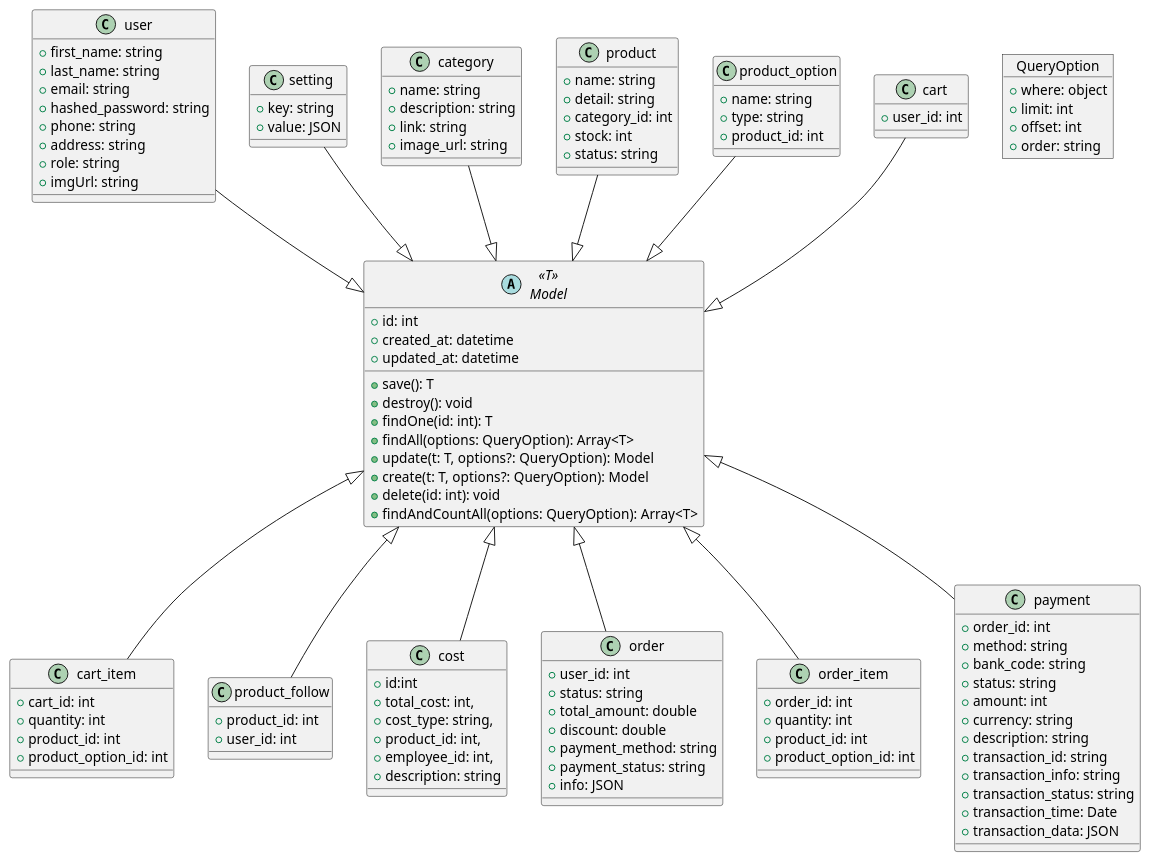
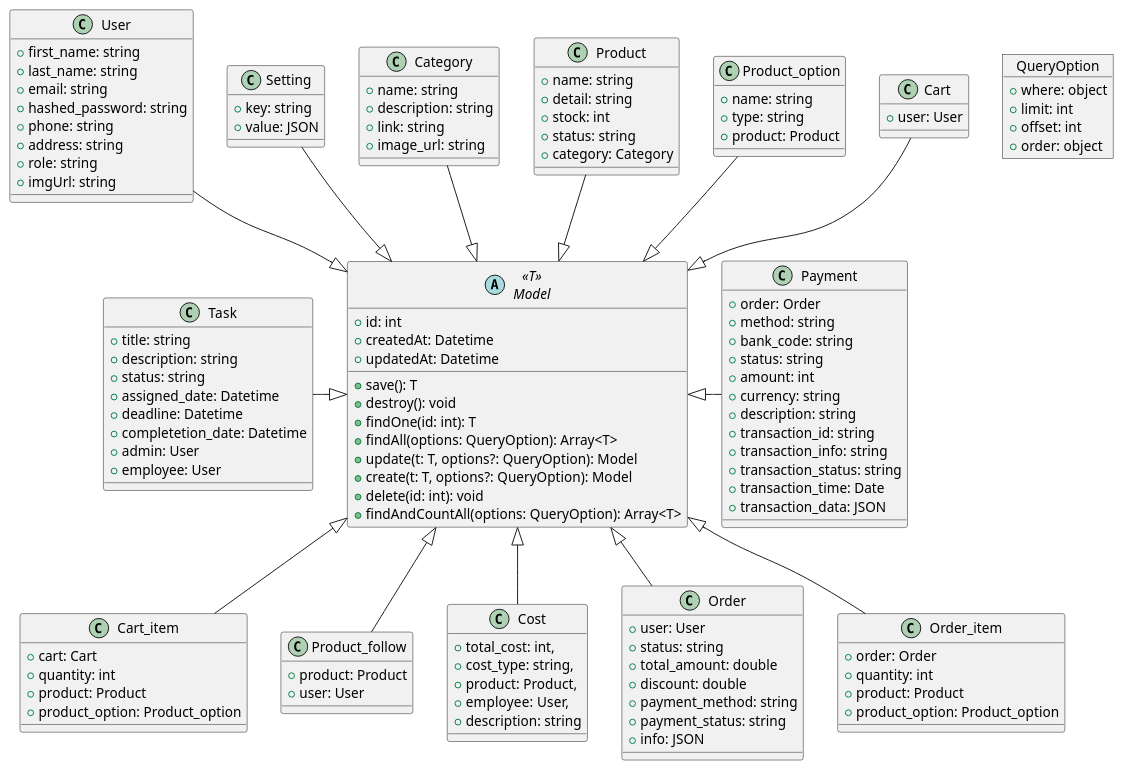
The diagram in puml/class-diagram-models.puml (vkq2808/car-accessories-eccomerce), drawn with PlantUML before and after one commit. The commit also changed 16 other files, not shown here.

```diff
--- a/puml/class-diagram-models.puml
+++ b/puml/class-diagram-models.puml
@@ -1,134 +1,147 @@
 @startuml class_diagram_models
 skinparam DefaultFontName "Times New Roman"
 skinparam DefaultFontSize 14
 
-user --|> Model
-setting --|> Model
-category --|> Model
-product --|> Model
-product_option --|> Model
-cart --|> Model
-Model <|-- cart_item
-Model <|-- product_follow
-Model <|-- cost
-Model <|-- order
-Model <|-- order_item
-Model <|-- payment
+User --|> Model
+Setting --|> Model
+Category --|> Model
+Product --|> Model
+Product_option --|> Model
+Cart --|> Model
+Model <|-- Cart_item
+Model <|-- Product_follow
+Model <|-- Cost
+Model <|-- Order
+Model <|-- Order_item
+
+Payment -left-|> Model
+Task -right-|> Model
 
 abstract class Model<<T>> {
     +id: int
-    +created_at: datetime
-    +updated_at: datetime
+    +createdAt: Datetime
+    +updatedAt: Datetime
 
     +save(): T
     +destroy(): void
     +findOne(id: int): T
     +findAll(options: QueryOption): Array<T>
     +update(t: T, options?: QueryOption): Model
     +create(t: T, options?: QueryOption): Model
     +delete(id: int): void
     +findAndCountAll(options: QueryOption): Array<T>
 }
 
 object QueryOption {
     +where: object
     +limit: int
     +offset: int
-    +order: string
+    +order: object
 }
 
-class setting {
+class Task {
+  +title: string
+  +description: string
+  +status: string
+  +assigned_date: Datetime
+  +deadline: Datetime
+  +completetion_date: Datetime
+  +admin: User
+  +employee: User
+}
+
+class Setting {
   +key: string
   +value: JSON
 }
 
-class category {
+class Category {
   +name: string
   +description: string
   +link: string
   +image_url: string
 }
 
-class product {
+class Product {
   +name: string
   +detail: string
-  +category_id: int
   +stock: int
   +status: string
+  +category: Category
 }
 
-class product_option {
+class Product_option {
   +name: string
   +type: string
-  +product_id: int
+  +product: Product
 }
 
-class cart {
-  +user_id: int
+class Cart {
+  +user: User
 }
 
-class cart_item {
-  +cart_id: int
+class Cart_item {
+  +cart: Cart
   +quantity: int
-  +product_id: int
-  +product_option_id: int
+  +product: Product
+  +product_option: Product_option
 }
 
-class product_follow {
-  +product_id: int
-  +user_id: int
+class Product_follow {
+  +product: Product
+  +user: User
 }
 
-class user {
+class User {
   +first_name: string
   +last_name: string
   +email: string
   +hashed_password: string
   +phone: string
   +address: string
   +role: string
   +imgUrl: string
 }
 
-class cost {
-  +id:int
+class Cost {
   +total_cost: int,
   +cost_type: string,
-  +product_id: int,
-  +employee_id: int,
+  +product: Product,
+  +employee: User,
   +description: string
 }
 
-class order {
-  +user_id: int
+class Order {
+  +user: User
   +status: string
   +total_amount: double
   +discount: double
   +payment_method: string
   +payment_status: string
   +info: JSON
 }
 
-class order_item {
-  +order_id: int
+class Order_item {
+  +order: Order
   +quantity: int
-  +product_id: int
-  +product_option_id: int
+  +product: Product
+  +product_option: Product_option
 }
 
-class payment {
-  +order_id: int
+class Payment {
+  +order: Order
   +method: string
   +bank_code: string
   +status: string
   +amount: int
   +currency: string
   +description: string
   +transaction_id: string
   +transaction_info: string
   +transaction_status: string
   +transaction_time: Date
   +transaction_data: JSON
 }
 
+
 @enduml
```
